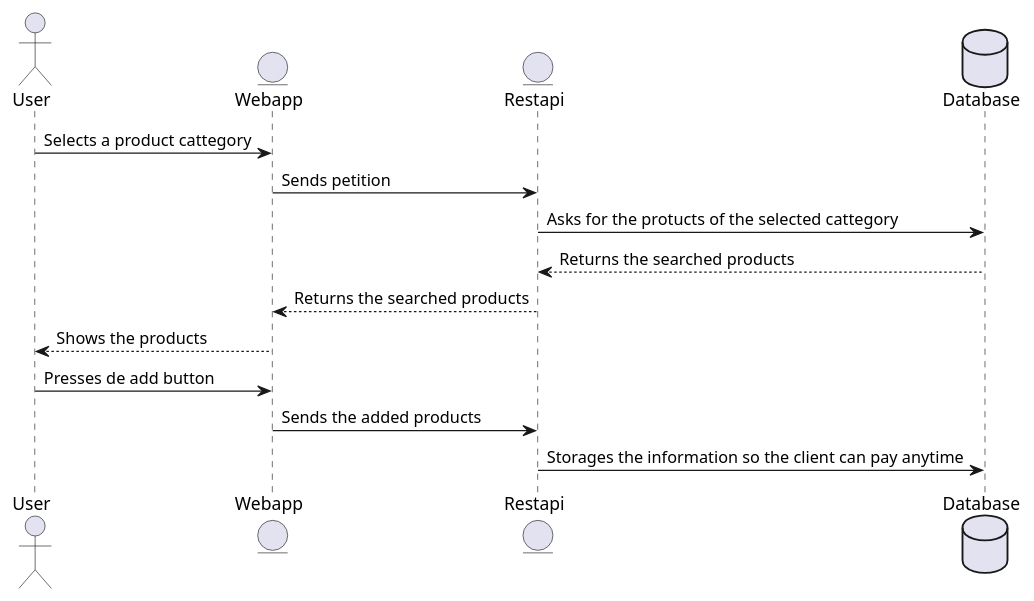
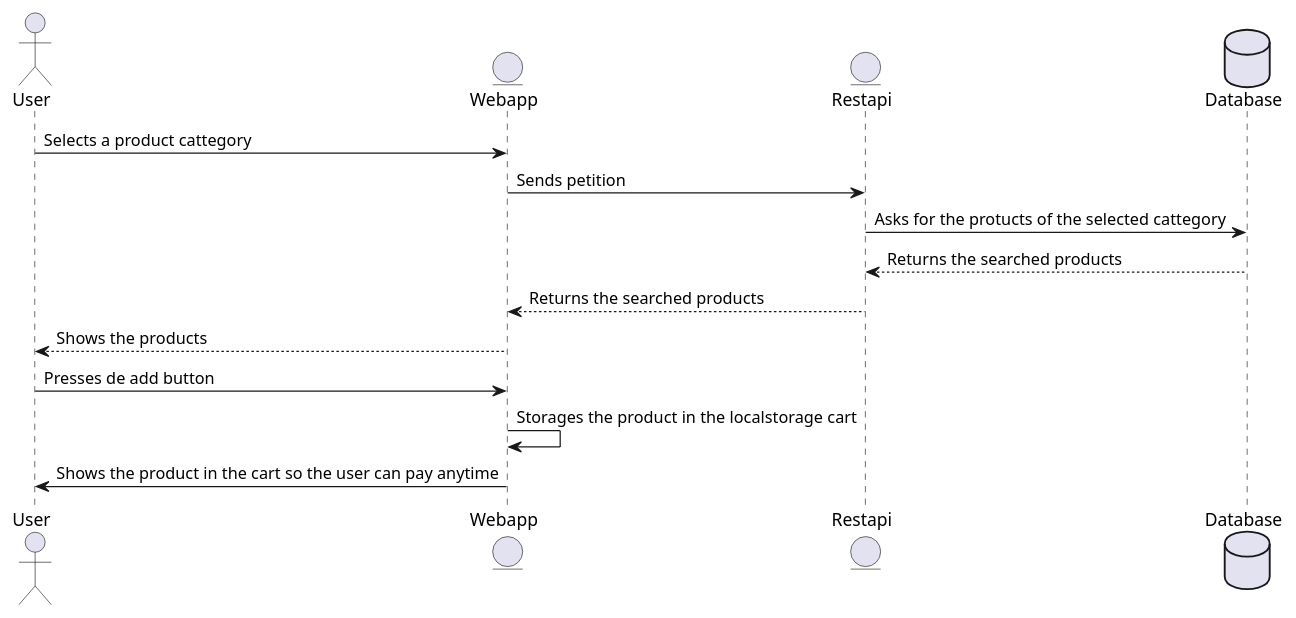
The sixth of 10 diagrams in docs/06_runtime_view.adoc (Arquisoft/dede_es3c), drawn with PlantUML before and after one commit. The commit also changed other lines of this file, not shown here.

Commit message:
Diagramas de secuencia actualizados

```diff
--- a/docs/06_runtime_view.adoc
+++ b/docs/06_runtime_view.adoc
@@ -108,18 +96,18 @@
 [plantuml,"AddProductsToTheShoppingCart",png]
 ----
 @startuml
 actor User
 entity Webapp
 entity Restapi
 database Database
 User-> Webapp: Selects a product cattegory
 Webapp -> Restapi : Sends petition 
 Restapi-> Database: Asks for the protucts of the selected cattegory
 Database --> Restapi: Returns the searched products
 Restapi --> Webapp : Returns the searched products
 Webapp --> User: Shows the products
 User-> Webapp: Presses de add button
-Webapp -> Restapi : Sends the added products
-Restapi-> Database: Storages the information so the client can pay anytime
+Webapp -> Webapp: Storages the product in the localstorage cart
+Webapp -> User: Shows the product in the cart so the user can pay anytime
 @endtuml
 ----
```
